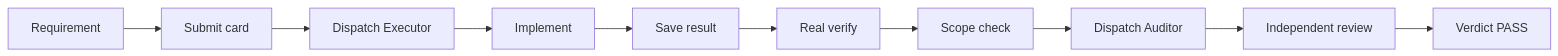
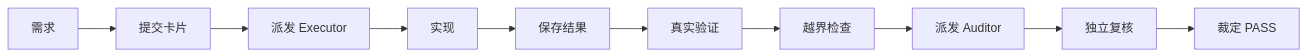
One commit to skyer-now/carlos-flow changed the first of 2 diagrams in README.md. Above: the diagram before and after it, drawn with Mermaid. The commit also changed other lines of this file and 2 other files, not shown here.

````diff
--- a/README.md
+++ b/README.md
@@ -130,12 +131,12 @@
 ```mermaid
 flowchart LR
-    A[Requirement] --> B[Submit card]
-    B --> C[Dispatch Executor]
-    C --> D[Implement]
-    D --> E[Save result]
-    E --> F[Real verify]
-    F --> G[Scope check]
-    G --> H[Dispatch Auditor]
-    H --> I[Independent review]
-    I --> J[Verdict PASS]
+    A[需求] --> B[提交卡片]
+    B --> C[派发 Executor]
+    C --> D[实现]
+    D --> E[保存结果]
+    E --> F[真实验证]
+    F --> G[越界检查]
+    G --> H[派发 Auditor]
+    H --> I[独立复核]
+    I --> J[裁定 PASS]
 ```
````
